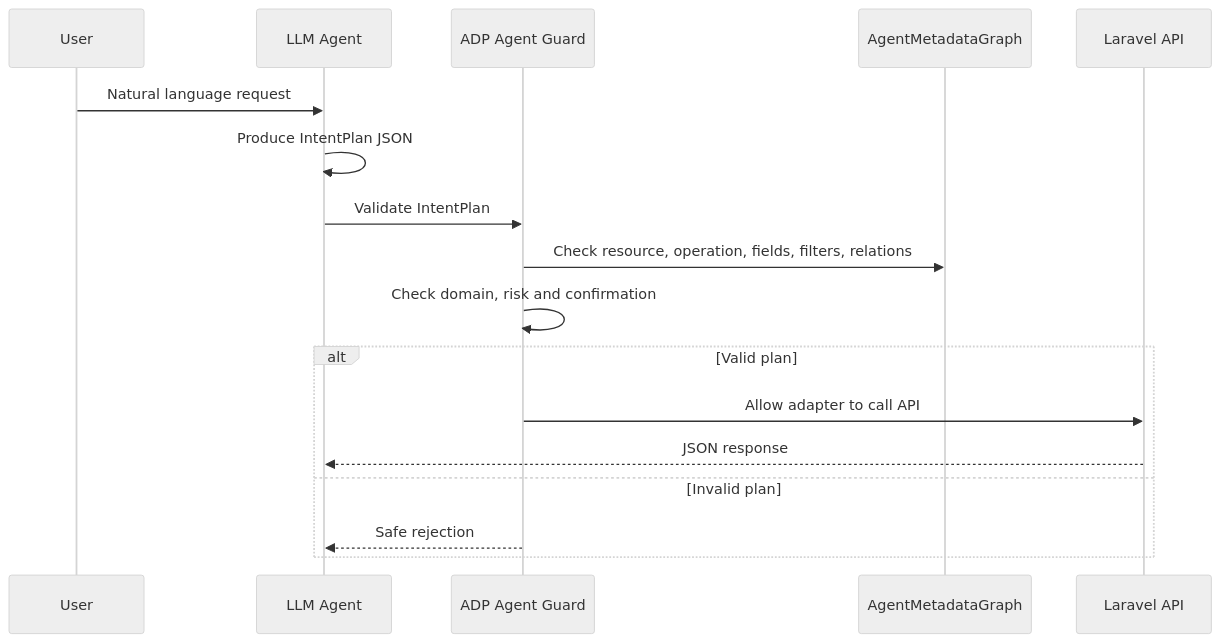
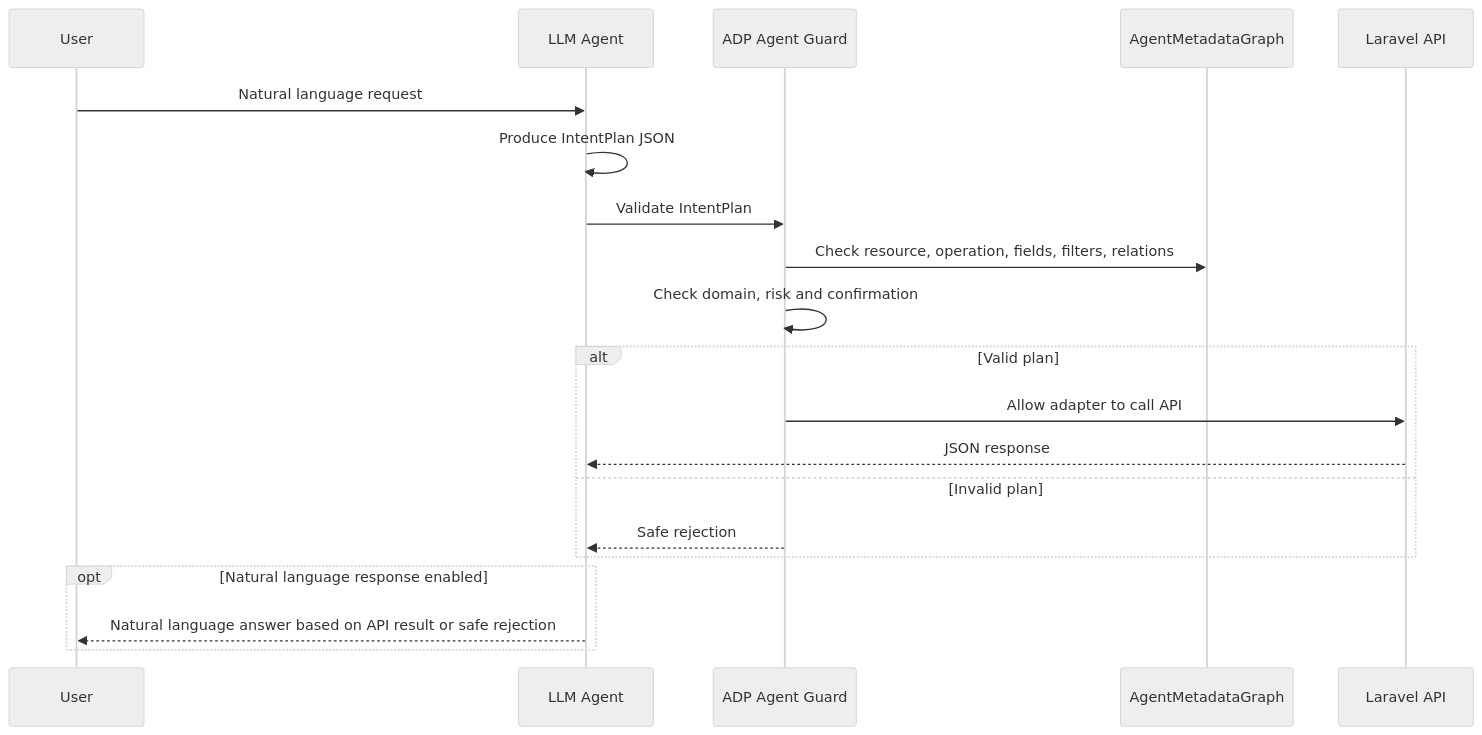
The second of 3 diagrams in README.md (charlietyn/laravel-agent-protocol), drawn with Mermaid (neutral theme) before and after one commit. The commit also changed other lines of this file, not shown here.

Commit message:
Document natural language LLM response in Guard flow

````diff
--- a/README.md
+++ b/README.md
@@ -187,20 +187,23 @@
 ```mermaid
 sequenceDiagram
     participant User
     participant Agent as LLM Agent
     participant Guard as ADP Agent Guard
     participant ADP as AgentMetadataGraph
     participant API as Laravel API
 
     User->>Agent: Natural language request
     Agent->>Agent: Produce IntentPlan JSON
     Agent->>Guard: Validate IntentPlan
     Guard->>ADP: Check resource, operation, fields, filters, relations
     Guard->>Guard: Check domain, risk and confirmation
     alt Valid plan
         Guard->>API: Allow adapter to call API
         API-->>Agent: JSON response
     else Invalid plan
         Guard-->>Agent: Safe rejection
     end
+    opt Natural language response enabled
+        Agent-->>User: Natural language answer based on API result or safe rejection
+    end
 ```
````
